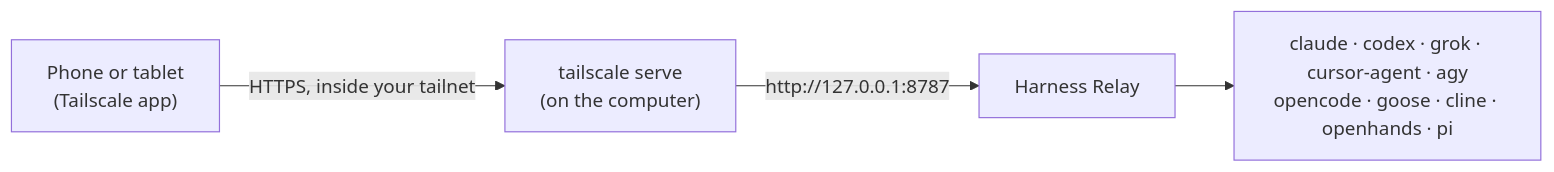
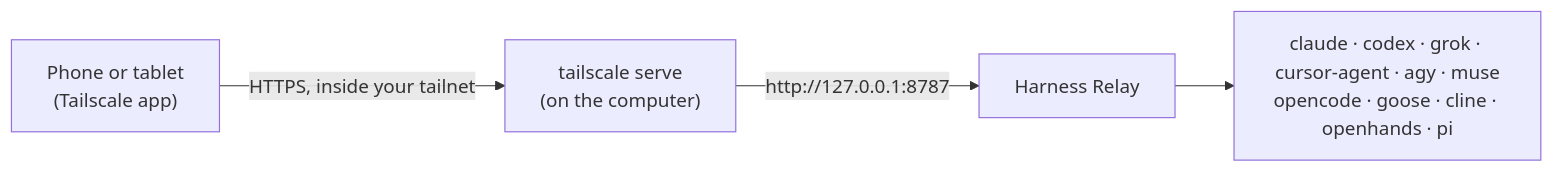
The diagram in docs/remote-access.md (Agentic-System-Lab/harness-relay), drawn with Mermaid before and after one commit. The commit also changed other lines of this file and 102 other files, not shown here.

````diff
--- a/docs/remote-access.md
+++ b/docs/remote-access.md
@@ -7,6 +7,6 @@
 ```mermaid
 flowchart LR
   P["Phone or tablet<br/>(Tailscale app)"] -- "HTTPS, inside your tailnet" --> S["tailscale serve<br/>(on the computer)"]
   S -- "http://127.0.0.1:8787" --> R["Harness Relay"]
-  R --> A["claude · codex · grok · cursor-agent · agy<br/>opencode · goose · cline · openhands · pi"]
+  R --> A["claude · codex · grok · cursor-agent · agy · muse<br/>opencode · goose · cline · openhands · pi"]
 ```
````
